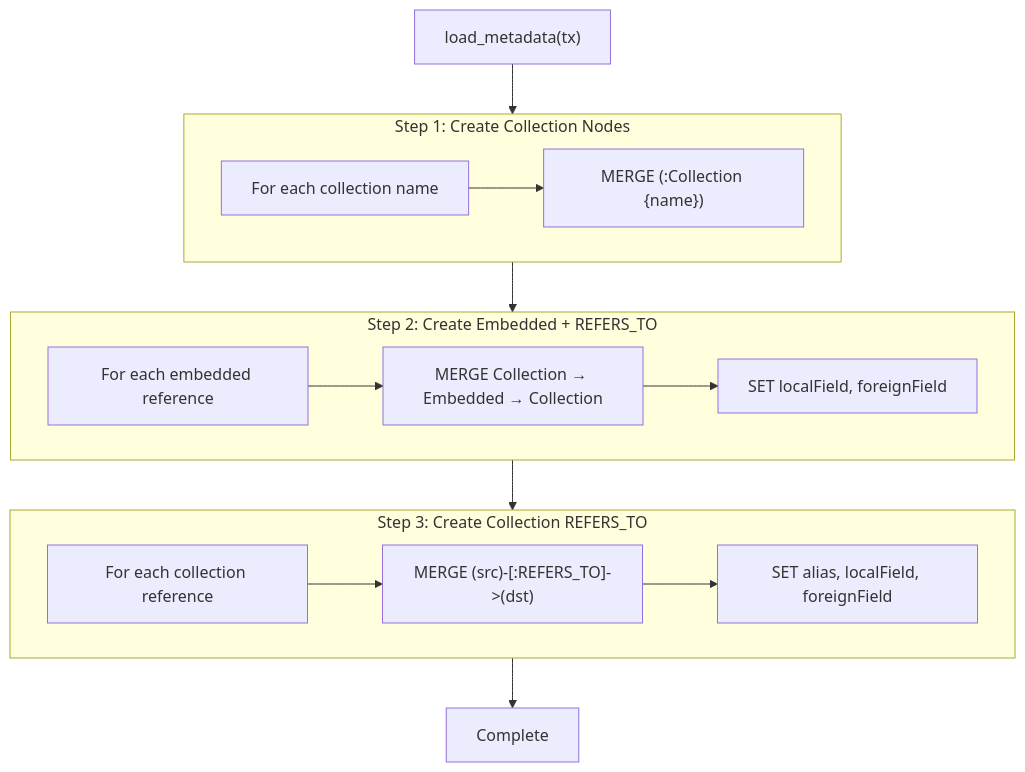
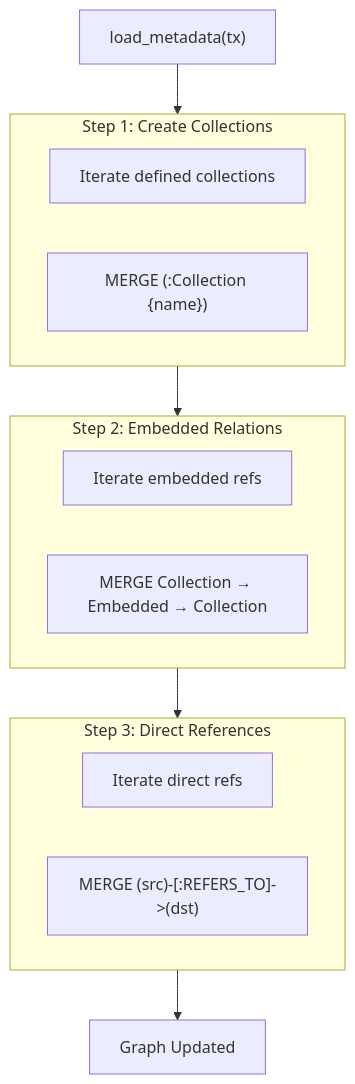
The fifth of 7 diagrams in docs/architecture_diagrams.md (Danilka-Akarawita/naturallanguage_to_mongoDB_query), drawn with Mermaid before and after one commit. The commit also changed other lines of this file, not shown here.

Commit message:
modified the archtecture diagram

````diff
--- a/docs/architecture_diagrams.md
+++ b/docs/architecture_diagrams.md
@@ -209,29 +142,24 @@
 ```mermaid
 flowchart TD
     Start["load_metadata(tx)"]
     
-    subgraph Step1["Step 1: Create Collection Nodes"]
-        Loop1["For each collection name"]
+    subgraph Step1["Step 1: Create Collections"]
+        Loop1["Iterate defined collections"]
         Merge1["MERGE (:Collection {name})"]
     end
     
-    subgraph Step2["Step 2: Create Embedded + REFERS_TO"]
-        Loop2["For each embedded reference"]
+    subgraph Step2["Step 2: Embedded Relations"]
+        Loop2["Iterate embedded refs"]
         Merge2["MERGE Collection → Embedded → Collection"]
-        Set2["SET localField, foreignField"]
     end
     
-    subgraph Step3["Step 3: Create Collection REFERS_TO"]
-        Loop3["For each collection reference"]
+    subgraph Step3["Step 3: Direct References"]
+        Loop3["Iterate direct refs"]
         Merge3["MERGE (src)-[:REFERS_TO]->(dst)"]
-        Set3["SET alias, localField, foreignField"]
     end
     
     Start --> Step1
-    Loop1 --> Merge1
     Step1 --> Step2
-    Loop2 --> Merge2 --> Set2
     Step2 --> Step3
-    Loop3 --> Merge3 --> Set3
-    Step3 --> End["Complete"]
+    Step3 --> End["Graph Updated"]
 ```
````
